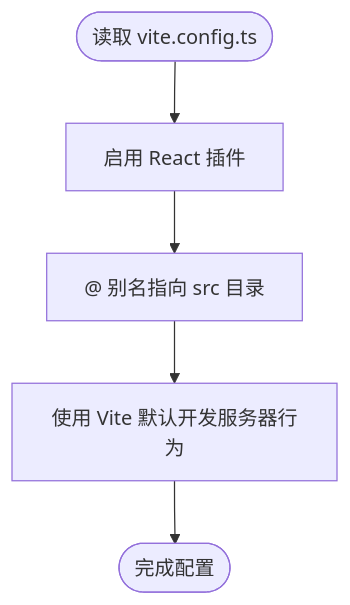
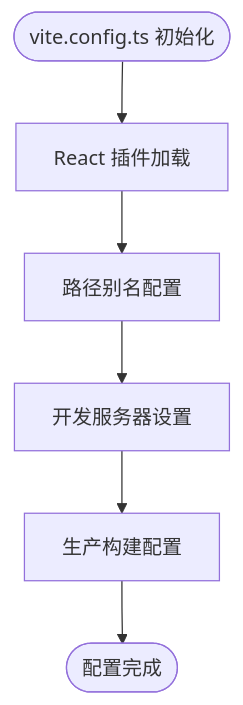
One commit to JadeXusq/qr-generator changed the second of 4 diagrams in .qoder/repowiki/zh/content/配置系统/构建配置.md. Above: the diagram before and after it, drawn with Mermaid. The commit also changed other lines of this file and 9 other files, not shown here.

````diff
--- a/.qoder/repowiki/zh/content/配置系统/构建配置.md
+++ b/.qoder/repowiki/zh/content/配置系统/构建配置.md
@@ -132,7 +97,8 @@
 ```mermaid
 flowchart TD
-Start(["读取 vite.config.ts"]) --> Plugins["启用 React 插件"]
-Plugins --> Alias["@ 别名指向 src 目录"]
-Alias --> DevDefaults["使用 Vite 默认开发服务器行为"]
-DevDefaults --> End(["完成配置"])
+Start(["vite.config.ts 初始化"]) --> Plugins["React 插件加载"]
+Plugins --> Alias["路径别名配置"]
+Alias --> DevServer["开发服务器设置"]
+DevServer --> Build["生产构建配置"]
+Build --> End(["配置完成"])
 ```
````
